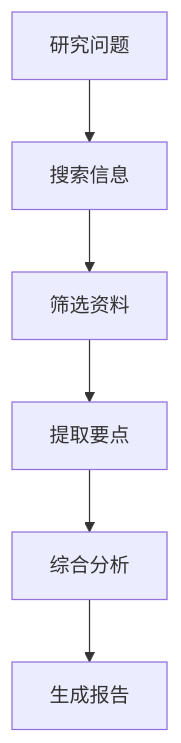
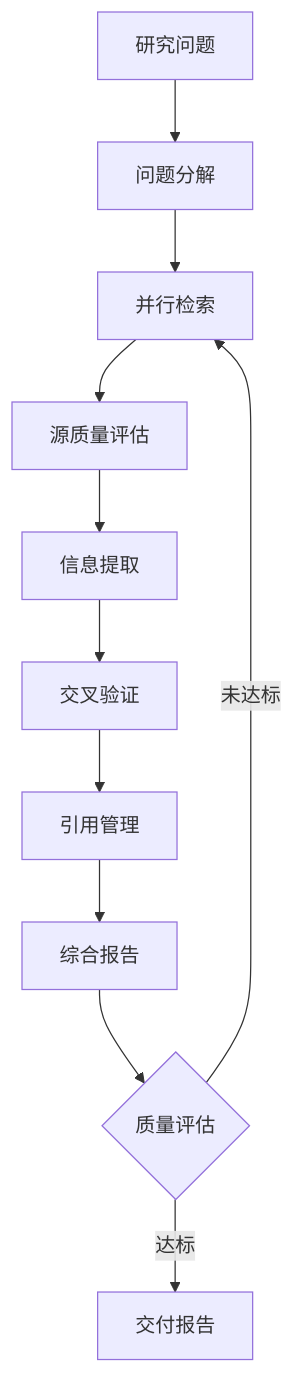
One commit to dilboy/agent-programming-wiki changed the first of 2 diagrams in docs/08-案例研究/02-研究Agent.md. Above: the diagram before and after it, drawn with Mermaid. The commit also changed other lines of this file and 9 other files, not shown here.

````diff
--- a/docs/08-案例研究/02-研究Agent.md
+++ b/docs/08-案例研究/02-研究Agent.md
@@ -17,8 +26,13 @@
 ```mermaid
 graph TD
-    A[研究问题] --> B[搜索信息]
-    B --> C[筛选资料]
-    C --> D[提取要点]
-    D --> E[综合分析]
-    E --> F[生成报告]
+    A[研究问题] --> B[问题分解]
+    B --> C[并行检索]
+    C --> D[源质量评估]
+    D --> E[信息提取]
+    E --> F[交叉验证]
+    F --> G[引用管理]
+    G --> H[综合报告]
+    H --> I{质量评估}
+    I -->|未达标| C
+    I -->|达标| J[交付报告]
 ```
````
